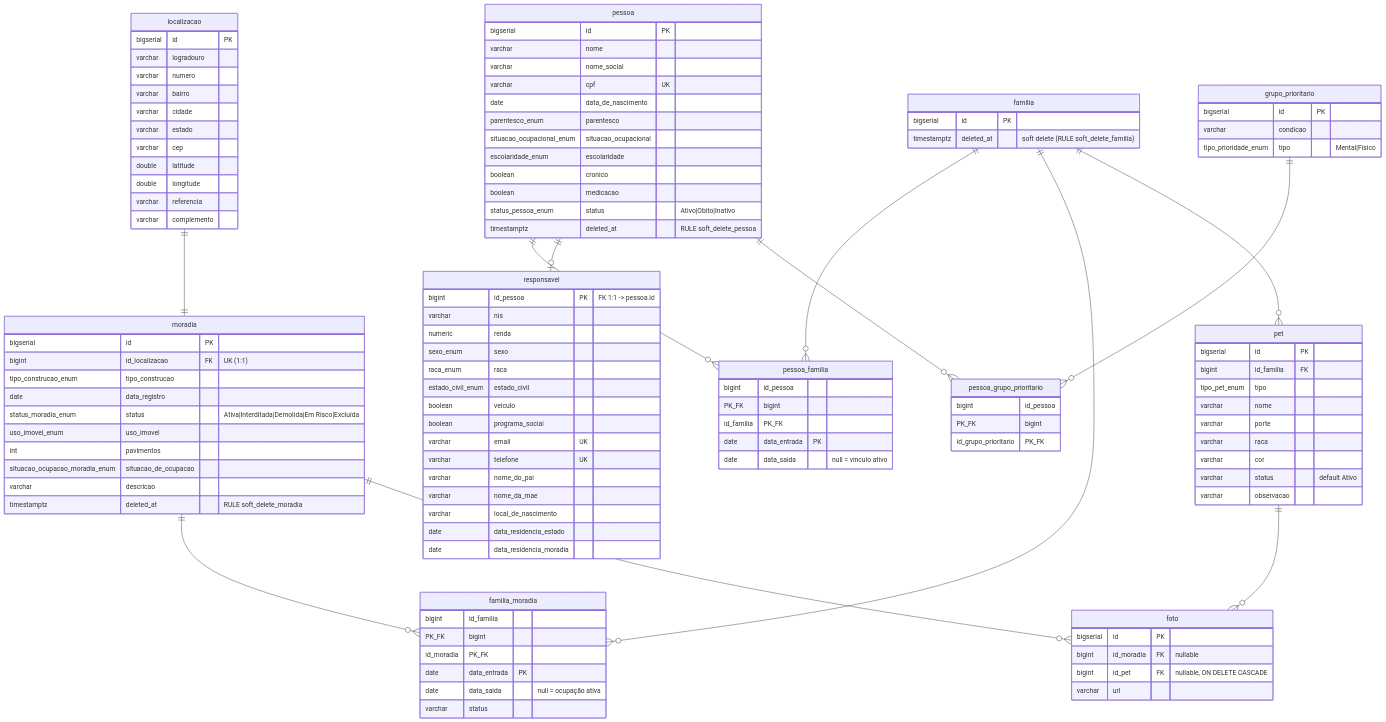
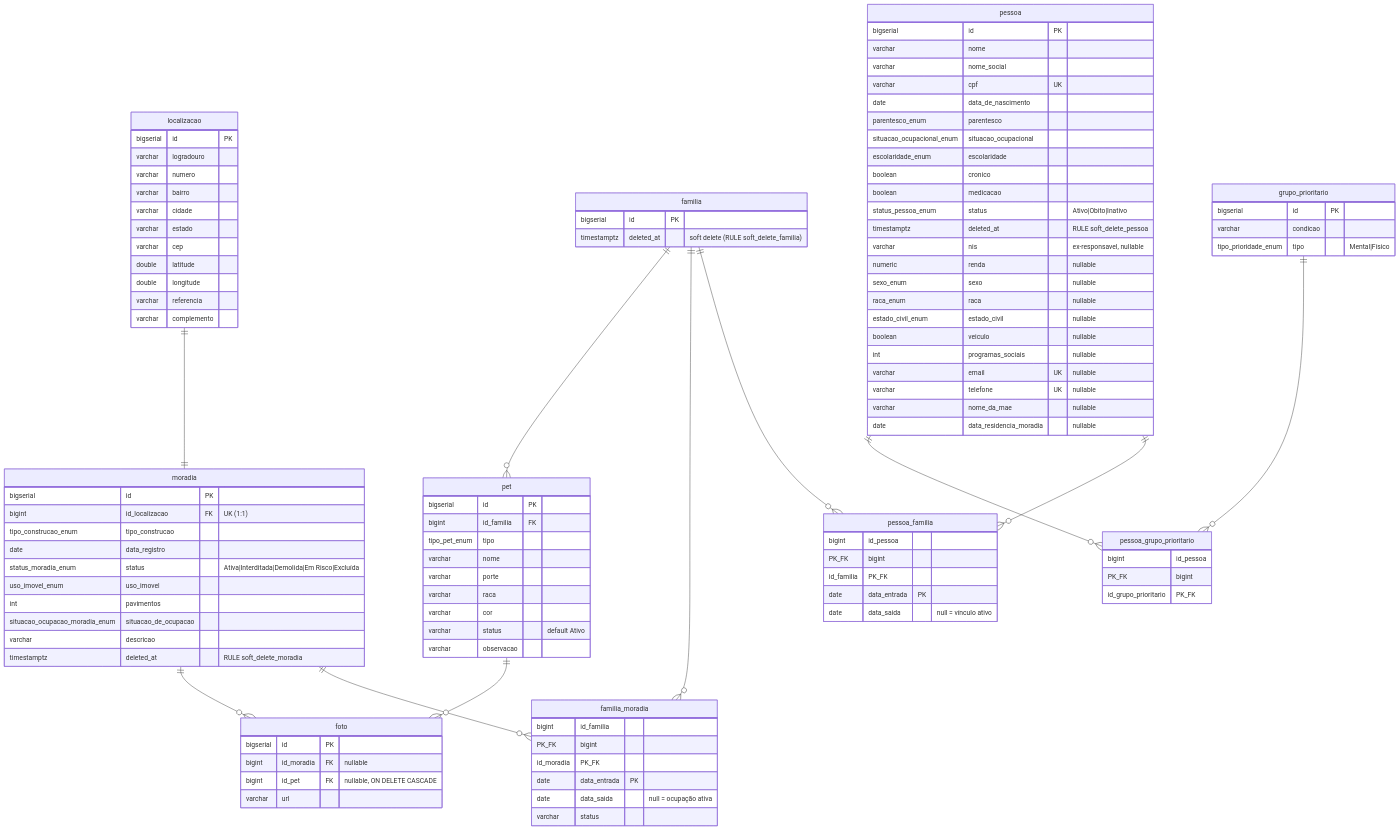
One commit to davitricarico-wq/g03 changed diagram 17 of 17 in documentos/wad.md. Above: the diagram before and after it, drawn with Mermaid. The commit also changed other lines of this file, not shown here.

```diff
--- a/documentos/wad.md
+++ b/documentos/wad.md
@@ -1951,23 +1950,17 @@
         boolean medicacao
         status_pessoa_enum status "Ativo|Obito|Inativo"
         timestamptz deleted_at "RULE soft_delete_pessoa"
-    }
-    responsavel {
-        bigint id_pessoa PK "FK 1:1 -> pessoa.id"
-        varchar nis
-        numeric renda
-        sexo_enum sexo
-        raca_enum raca
-        estado_civil_enum estado_civil
-        boolean veiculo
-        boolean programa_social
-        varchar email UK
-        varchar telefone UK
-        varchar nome_do_pai
-        varchar nome_da_mae
-        varchar local_de_nascimento
-        date data_residencia_estado
-        date data_residencia_moradia
+        varchar nis "ex-responsavel, nullable"
+        numeric renda "nullable"
+        sexo_enum sexo "nullable"
+        raca_enum raca "nullable"
+        estado_civil_enum estado_civil "nullable"
+        boolean veiculo "nullable"
+        int programas_sociais "nullable"
+        varchar email UK "nullable"
+        varchar telefone UK "nullable"
+        varchar nome_da_mae "nullable"
+        date data_residencia_moradia "nullable"
     }
     localizacao {
         bigserial id PK
@@ -2039,7 +2032,6 @@
     familia ||--o{ familia_moradia : ""
     moradia ||--o{ familia_moradia : ""
     localizacao ||--|| moradia : ""
-    pessoa  ||--o| responsavel : ""
     familia ||--o{ pet : ""
     moradia ||--o{ foto : ""
     pet     ||--o{ foto : ""
```
